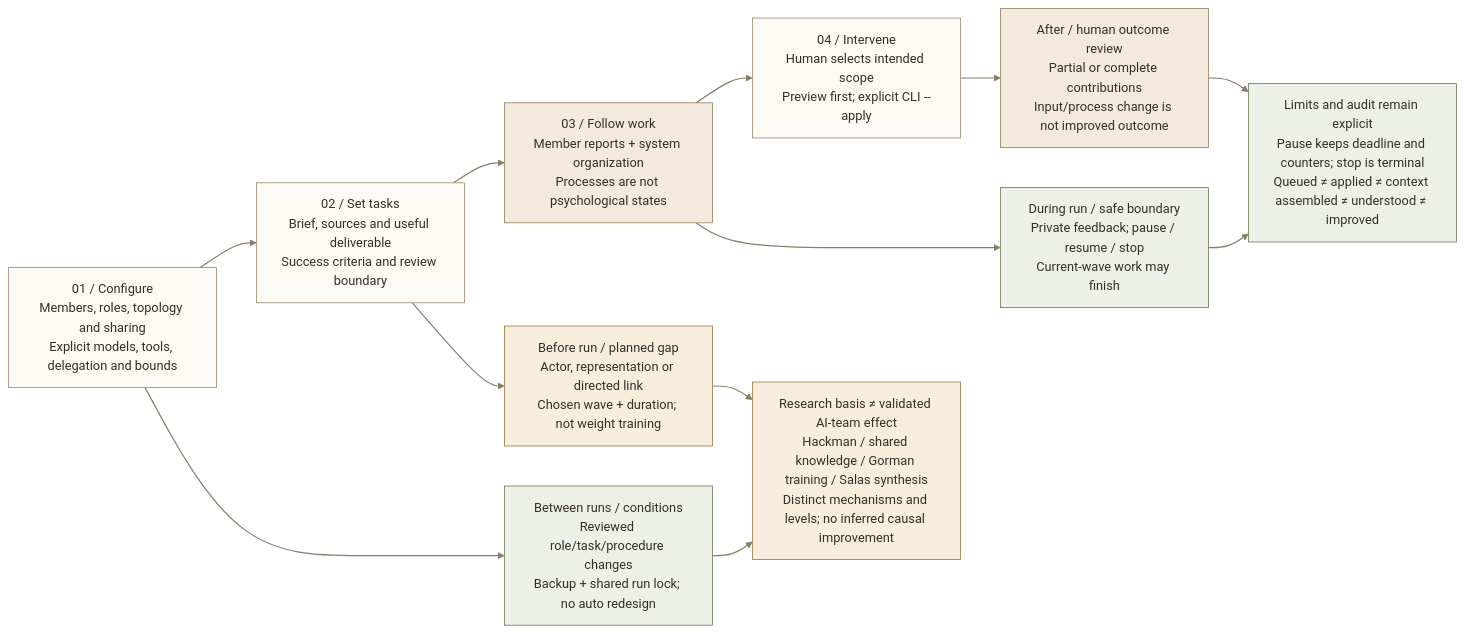
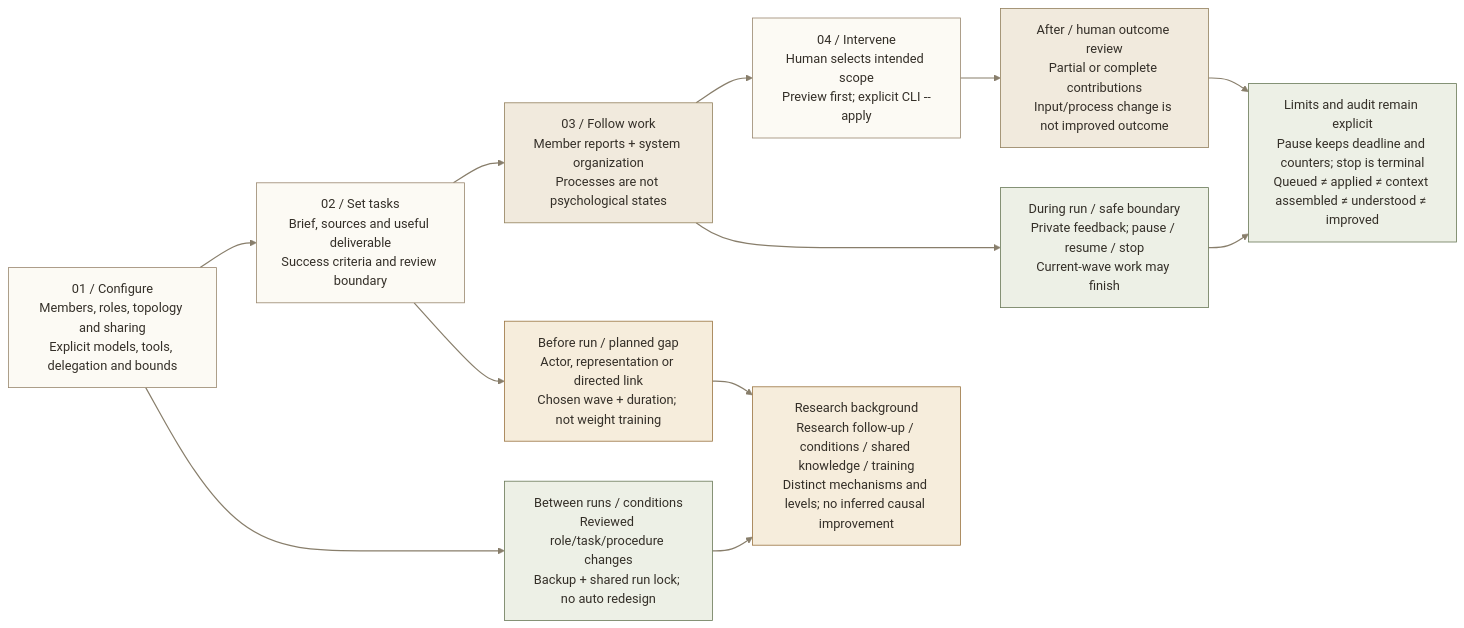
Before and after one commit to JeranRolevs/teamknitt: the diagram in diagrams/16-teamknitt-intervention.mmd, drawn with Mermaid. The commit also changed 32 other files, not shown here.

First line of the commit message:
Refine teamknitt copy, research follow-up and outlined wordmark

```diff
--- a/diagrams/16-teamknitt-intervention.mmd
+++ b/diagrams/16-teamknitt-intervention.mmd
@@ -1,34 +1,34 @@
 %% Generated from specs.py; 2026-11-09. Current runtime; gray nodes are planned.
 flowchart LR
     configure["01 / Configure<br/>Members, roles, topology and sharing<br/>Explicit models, tools, delegation and bounds"]
     tasks["02 / Set tasks<br/>Brief, sources and useful deliverable<br/>Success criteria and review boundary"]
     follow["03 / Follow work<br/>Member reports + system organization<br/>Processes are not psychological states"]
     intervene["04 / Intervene<br/>Human selects intended scope<br/>Preview first; explicit CLI --apply"]
     conditions["Between runs / conditions<br/>Reviewed role/task/procedure changes<br/>Backup + shared run lock; no auto redesign"]
     planned["Before run / planned gap<br/>Actor, representation or directed link<br/>Chosen wave + duration; not weight training"]
     control["During run / safe boundary<br/>Private feedback; pause / resume / stop<br/>Current-wave work may finish"]
     review["After / human outcome review<br/>Partial or complete contributions<br/>Input/process change is not improved outcome"]
-    basis["Research basis ≠ validated AI-team effect<br/>Hackman / shared knowledge / Gorman training / Salas synthesis<br/>Distinct mechanisms and levels; no inferred causal improvement"]
+    basis["Research background<br/>Research follow-up / conditions / shared knowledge / training<br/>Distinct mechanisms and levels; no inferred causal improvement"]
     bounds["Limits and audit remain explicit<br/>Pause keeps deadline and counters; stop is terminal<br/>Queued ≠ applied ≠ context assembled ≠ understood ≠ improved"]
     configure --> tasks
     tasks --> follow
     follow --> intervene
     configure --> conditions
     tasks --> planned
     follow --> control
     intervene --> review
     conditions --> basis
     planned --> basis
     control --> bounds
     review --> bounds
     classDef artifact fill:#FCFAF4,stroke:#99876F,color:#342F28;
     class configure,tasks,intervene artifact;
     classDef llm fill:#E9EEEE,stroke:#5B7580,color:#342F28;
     classDef code fill:#EDF0E6,stroke:#697957,color:#342F28;
     class conditions,control,bounds code;
     classDef evidence fill:#F1EADD,stroke:#93805D,color:#342F28;
     class follow,review evidence;
     classDef optional fill:#F6EDDC,stroke:#9A7440,color:#342F28;
     class planned,basis optional;
     classDef future fill:#EEEDE8,stroke:#999389,color:#342F28;
     linkStyle default stroke:#887E6B,stroke-width:1.5px;
```
